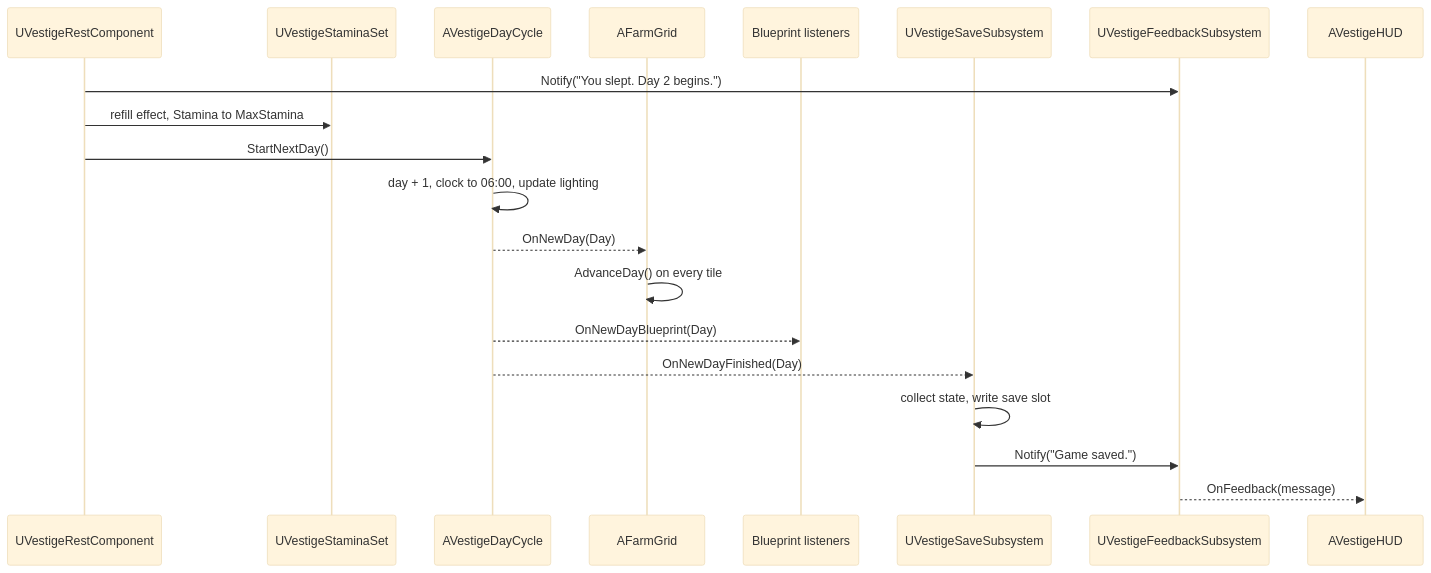
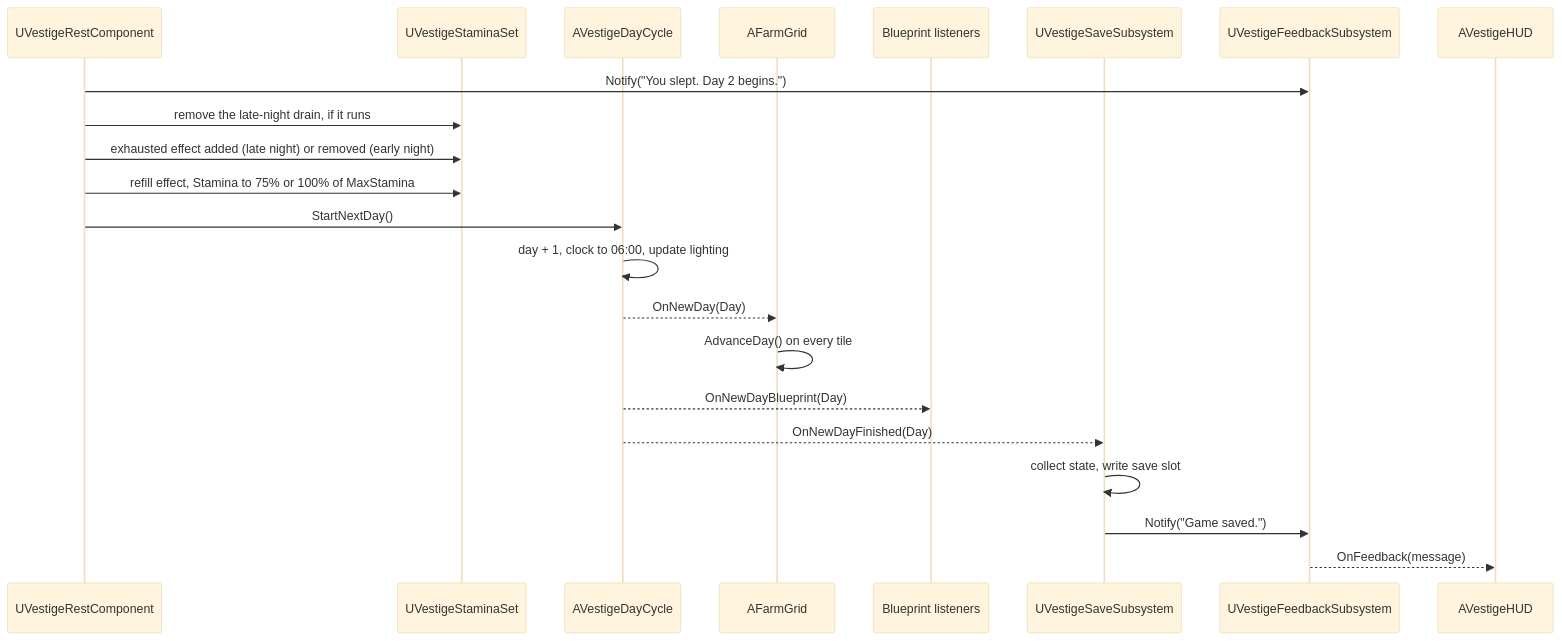
One commit to DunderGG/ProjectVestige changed the second of 2 diagrams in Docs/Architecture.md. Above: the diagram before and after it, drawn with Mermaid (base theme). The commit also changed other lines of this file and 26 other files, not shown here.

First line of the commit message:
Add the late-night rules: drain, exhaustion and warnings

````diff
--- a/Docs/Architecture.md
+++ b/Docs/Architecture.md
@@ -462,22 +464,24 @@
 ```mermaid
 sequenceDiagram
     participant Rest as UVestigeRestComponent
     participant Stamina as UVestigeStaminaSet
     participant DayCycle as AVestigeDayCycle
     participant Grid as AFarmGrid
     participant Blueprints as Blueprint listeners
     participant Save as UVestigeSaveSubsystem
     participant Feedback as UVestigeFeedbackSubsystem
     participant HUD as AVestigeHUD
     Rest->>Feedback: Notify("You slept. Day 2 begins.")
-    Rest->>Stamina: refill effect, Stamina to MaxStamina
+    Rest->>Stamina: remove the late-night drain, if it runs
+    Rest->>Stamina: exhausted effect added (late night) or removed (early night)
+    Rest->>Stamina: refill effect, Stamina to 75% or 100% of MaxStamina
     Rest->>DayCycle: StartNextDay()
     DayCycle->>DayCycle: day + 1, clock to 06:00, update lighting
     DayCycle-->>Grid: OnNewDay(Day)
     Grid->>Grid: AdvanceDay() on every tile
     DayCycle-->>Blueprints: OnNewDayBlueprint(Day)
     DayCycle-->>Save: OnNewDayFinished(Day)
     Save->>Save: collect state, write save slot
     Save->>Feedback: Notify("Game saved.")
     Feedback-->>HUD: OnFeedback(message)
 ```
````
